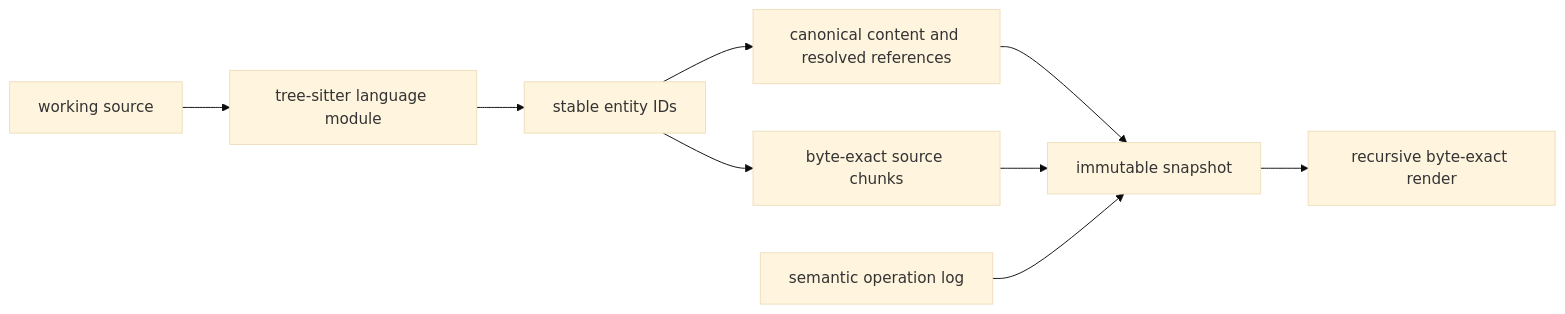
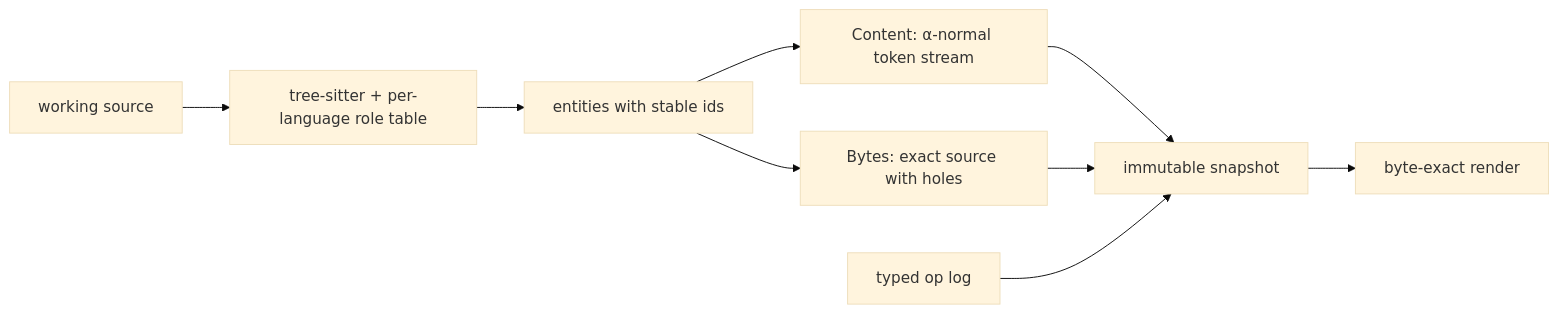
Before and after one commit to ironm00n/semantic-vcs: the diagram in README.md, drawn with Mermaid (base theme). The commit also changed other lines of this file, not shown here.

````diff
--- a/README.md
+++ b/README.md
@@ -137,11 +19,11 @@
 ```mermaid
 flowchart LR
-  W[working source] --> P[tree-sitter language module]
-  P --> E[stable entity IDs]
-  E --> C[canonical content and resolved references]
-  E --> B[byte-exact source chunks]
+  W[working source] --> P[tree-sitter + per-language role table]
+  P --> E[entities with stable ids]
+  E --> C[Content: α-normal token stream]
+  E --> B[Bytes: exact source with holes]
   C --> S[immutable snapshot]
   B --> S
-  O[semantic operation log] --> S
-  S --> R[recursive byte-exact render]
+  O[typed op log] --> S
+  S --> R[byte-exact render]
 ```
````
